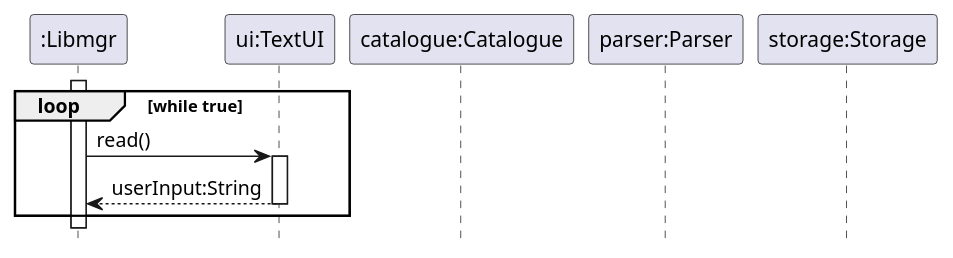
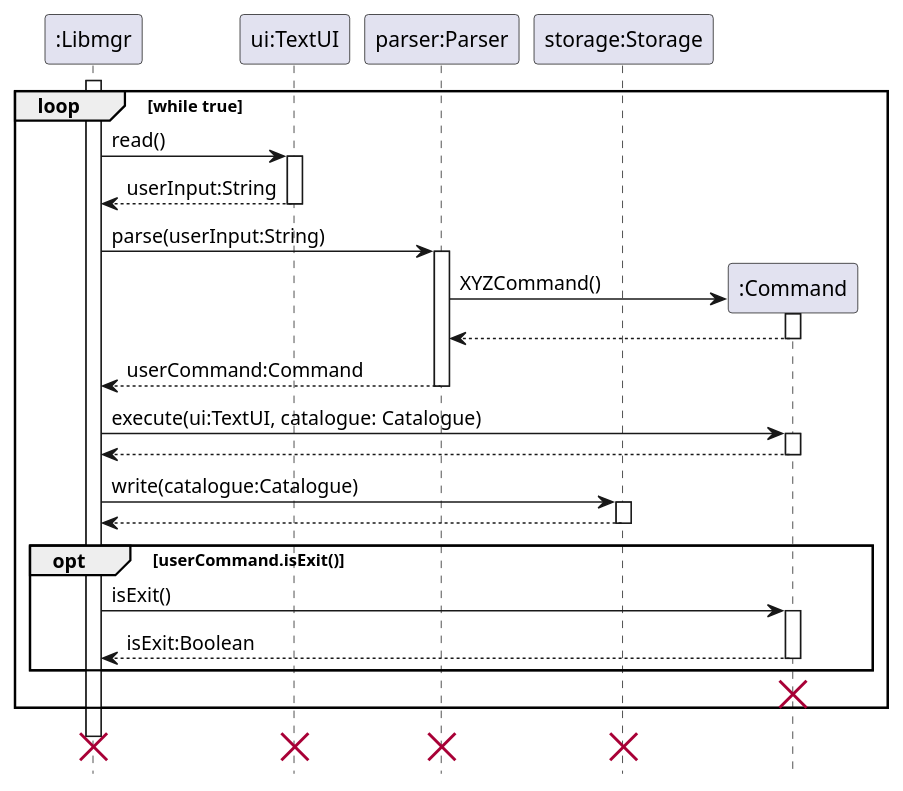
Before and after one commit to nus-cs2113-AY2122S1/tp: the diagram in docs/diagrams/ComponentInteractionSequenceDiagram.puml, drawn with PlantUML. The commit also changed 8 other files, not shown here.

Commit message:
Add class diagrams in DG>architecture

```diff
--- a/docs/diagrams/ComponentInteractionSequenceDiagram.puml
+++ b/docs/diagrams/ComponentInteractionSequenceDiagram.puml
@@ -1,19 +1,49 @@
 @startuml
 hide footbox
 
 Participant ":Libmgr" as libmgr
 Participant "ui:TextUI" as ui
-Participant "catalogue:Catalogue" as catalogue
 Participant "parser:Parser" as parser
 Participant "storage:Storage" as storage
+Participant ":Command" as cmd
 
 activate libmgr
 
 loop while true
     libmgr -> ui:read()
     activate ui
     return userInput:String
 
+    libmgr -> parser:parse(userInput:String)
+    activate parser
+
+    create cmd
+    parser -> cmd:XYZCommand()
+    activate cmd
+    return
+
+    return userCommand:Command
+
+    libmgr -> cmd:execute(ui:TextUI, catalogue: Catalogue)
+    activate cmd
+    return
+
+    libmgr -> storage:write(catalogue:Catalogue)
+    activate storage
+    return
+
+
+    opt userCommand.isExit()
+        libmgr -> cmd:isExit()
+        activate cmd
+        return isExit:Boolean
+    end
+    destroy cmd
 end
 
+libmgr --[hidden]> libmgr
+destroy libmgr
+destroy ui
+destroy parser
+destroy storage
 @enduml
```
